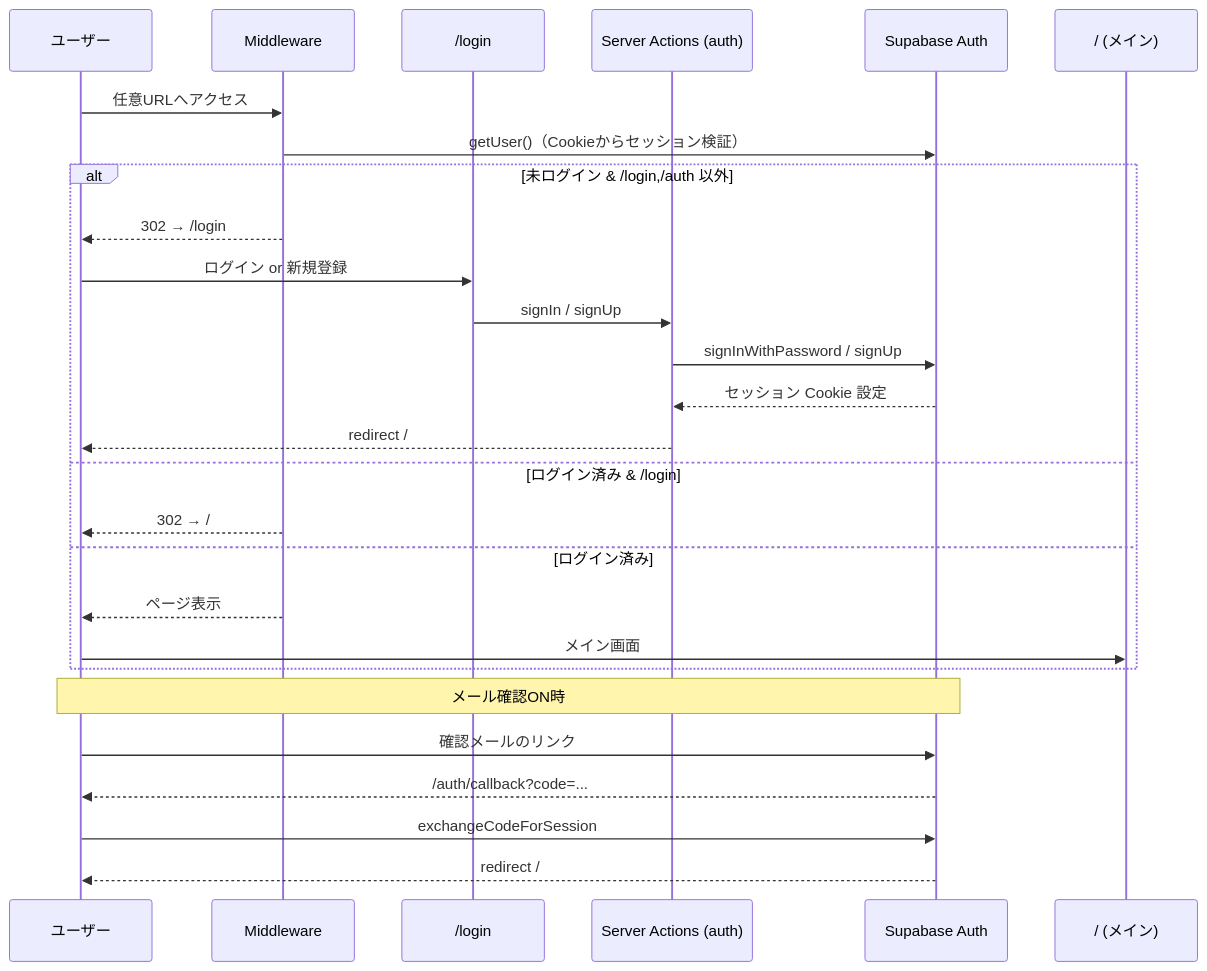
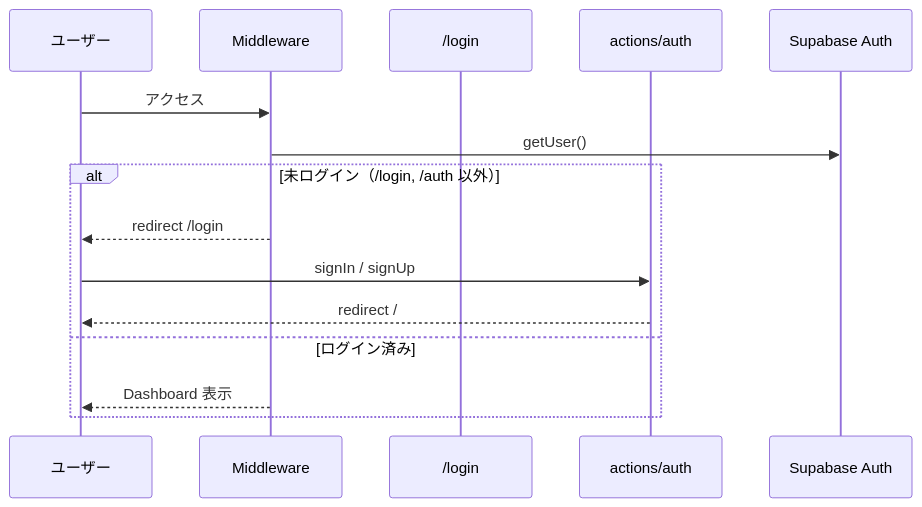
Before and after one commit to ryo-riverfield/fav-code-stock: the second of 5 diagrams in docs/architecture.md, drawn with Mermaid. The commit also changed other lines of this file and 21 other files, not shown here.

````diff
--- a/docs/architecture.md
+++ b/docs/architecture.md
@@ -203,32 +163,18 @@
 ```mermaid
 sequenceDiagram
     participant U as ユーザー
     participant MW as Middleware
     participant LP as /login
-    participant SA as Server Actions (auth)
+    participant SA as actions/auth
     participant SB as Supabase Auth
-    participant HP as / (メイン)
 
-    U->>MW: 任意URLへアクセス
-    MW->>SB: getUser()（Cookieからセッション検証）
-
-    alt 未ログイン & /login,/auth 以外
-        MW-->>U: 302 → /login
-        U->>LP: ログイン or 新規登録
-        LP->>SA: signIn / signUp
-        SA->>SB: signInWithPassword / signUp
-        SB-->>SA: セッション Cookie 設定
+    U->>MW: アクセス
+    MW->>SB: getUser()
+    alt 未ログイン（/login, /auth 以外）
+        MW-->>U: redirect /login
+        U->>SA: signIn / signUp
         SA-->>U: redirect /
-    else ログイン済み & /login
-        MW-->>U: 302 → /
     else ログイン済み
-        MW-->>U: ページ表示
-        U->>HP: メイン画面
+        MW-->>U: Dashboard 表示
     end
-
-    Note over U,SB: メール確認ON時
-    U->>SB: 確認メールのリンク
-    SB-->>U: /auth/callback?code=...
-    U->>SB: exchangeCodeForSession
-    SB-->>U: redirect /
 ```
````
